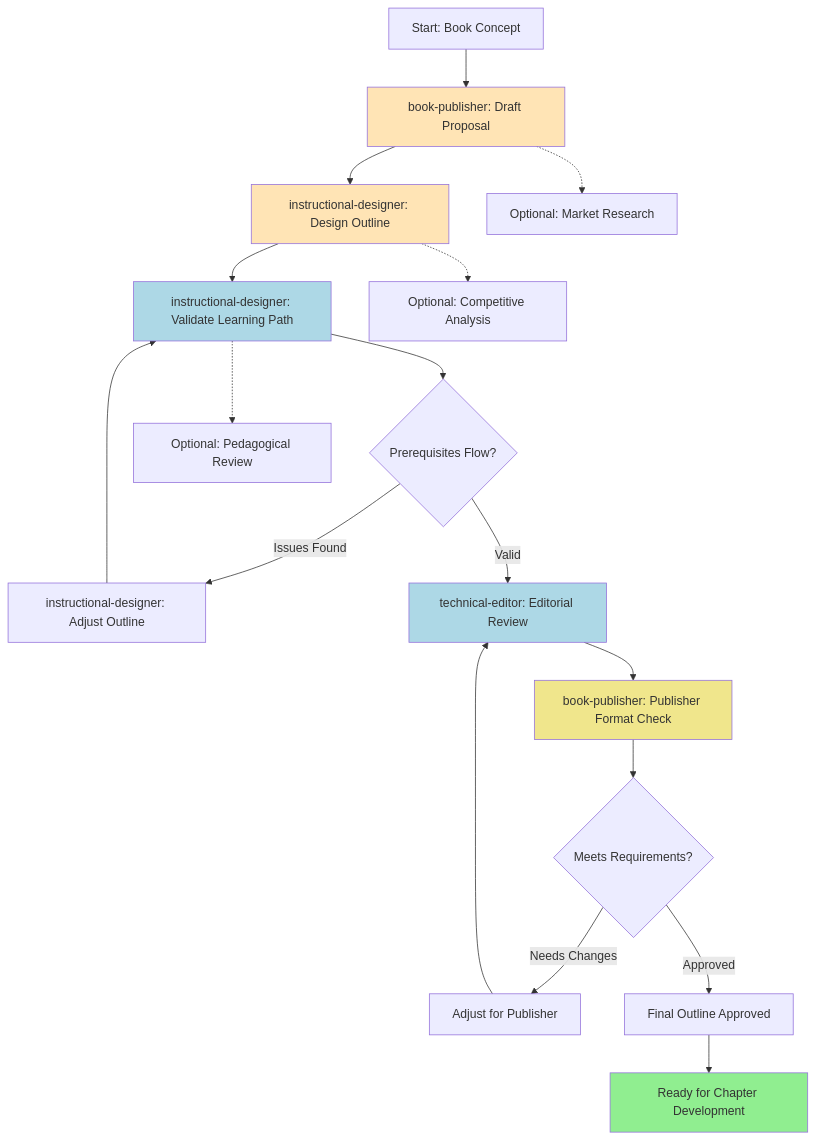
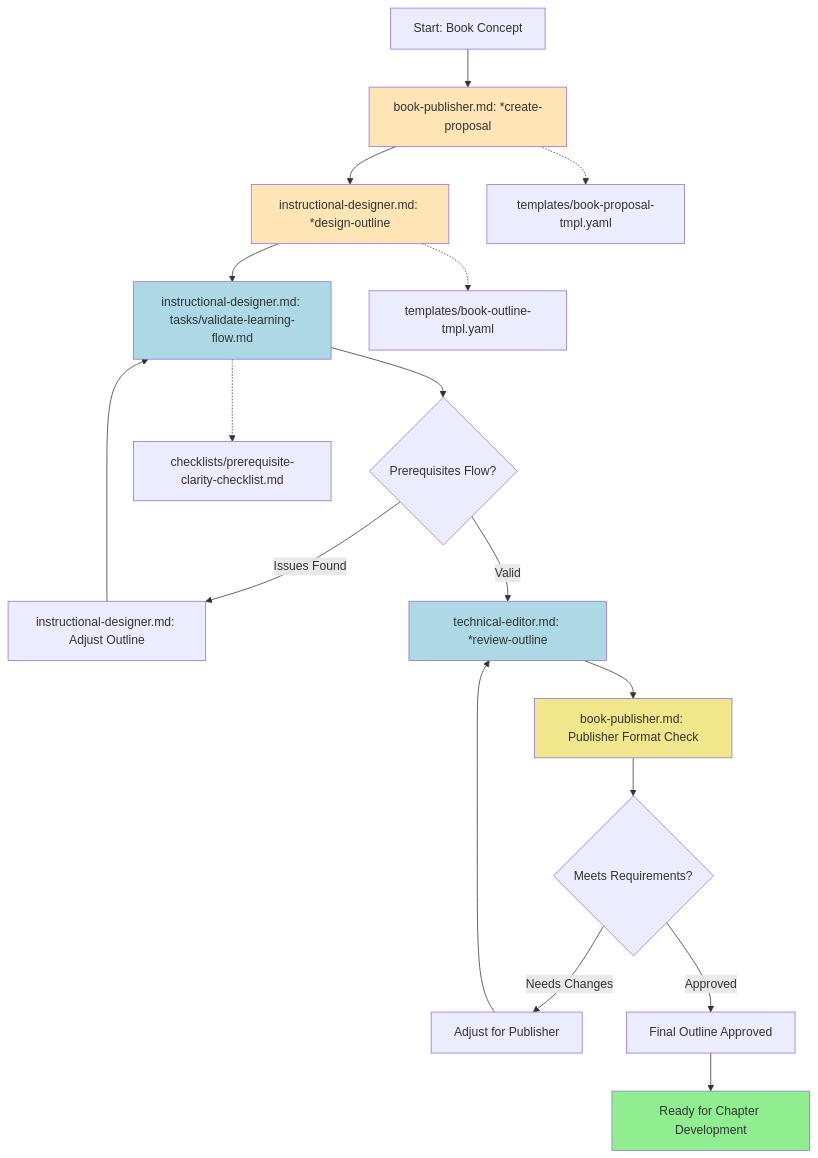
The third of 18 diagrams in expansion-packs/bmad-technical-writing/docs/process-flows.md (drbothen/BMAD-METHOD), drawn with Mermaid before and after one commit. The commit also changed other lines of this file, not shown here.

Commit message:
docs: add comprehensive process flow documentation

````diff
--- a/expansion-packs/bmad-technical-writing/docs/process-flows.md
+++ b/expansion-packs/bmad-technical-writing/docs/process-flows.md
@@ -223,27 +227,27 @@
 ```mermaid
 graph TD
-    A[Start: Book Concept] --> B[book-publisher: Draft Proposal]
-    B --> C[instructional-designer: Design Outline]
-    C --> D[instructional-designer: Validate Learning Path]
+    A[Start: Book Concept] --> B[book-publisher.md: *create-proposal]
+    B --> C[instructional-designer.md: *design-outline]
+    C --> D[instructional-designer.md: tasks/validate-learning-flow.md]
     D --> E{Prerequisites Flow?}
-    E -->|Issues Found| F[instructional-designer: Adjust Outline]
+    E -->|Issues Found| F[instructional-designer.md: Adjust Outline]
     F --> D
-    E -->|Valid| G[technical-editor: Editorial Review]
-    G --> H[book-publisher: Publisher Format Check]
+    E -->|Valid| G[technical-editor.md: *review-outline]
+    G --> H[book-publisher.md: Publisher Format Check]
     H --> I{Meets Requirements?}
     I -->|Needs Changes| J[Adjust for Publisher]
     J --> G
     I -->|Approved| K[Final Outline Approved]
     K --> L[Ready for Chapter Development]
 
-    B -.-> B1[Optional: Market Research]
-    C -.-> C1[Optional: Competitive Analysis]
-    D -.-> D1[Optional: Pedagogical Review]
+    B -.-> B1[templates/book-proposal-tmpl.yaml]
+    C -.-> C1[templates/book-outline-tmpl.yaml]
+    D -.-> D1[checklists/prerequisite-clarity-checklist.md]
 
     style L fill:#90EE90
     style B fill:#FFE4B5
     style C fill:#FFE4B5
     style D fill:#ADD8E6
     style G fill:#ADD8E6
     style H fill:#F0E68C
 ```
````
